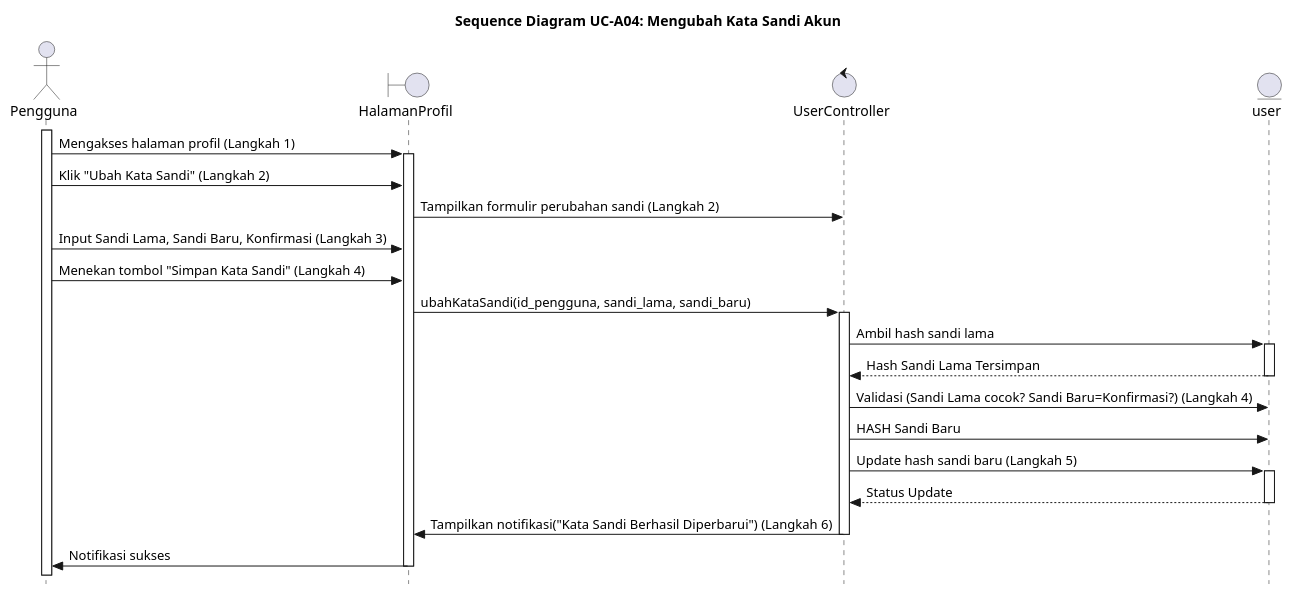
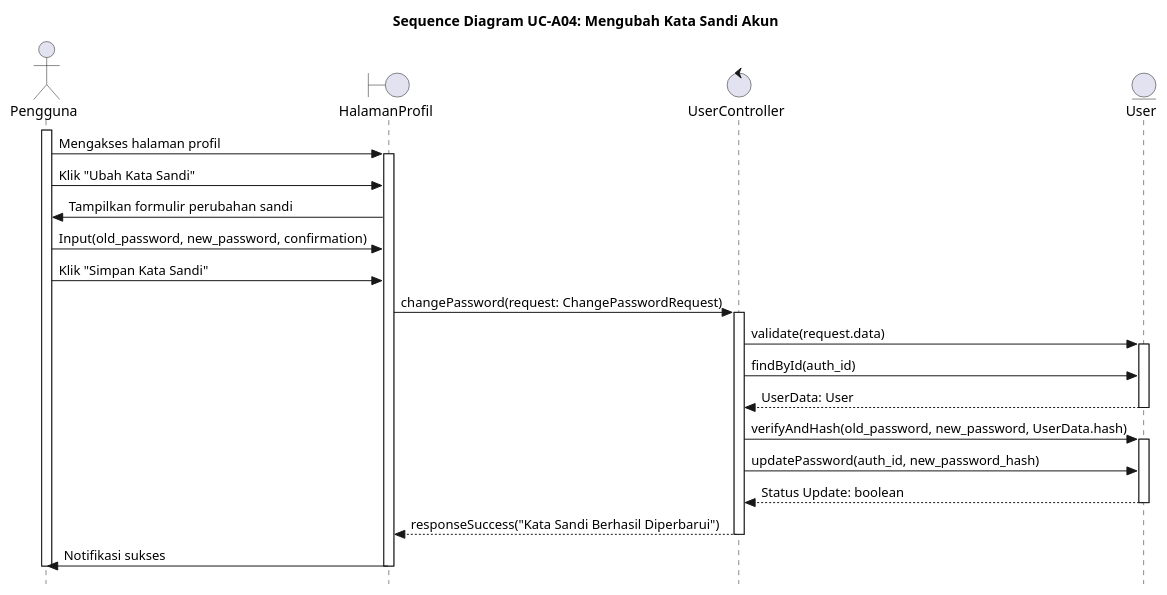
One commit to alfiahnurfa/RSI-PROYEK-AKHIR-SEQUENCE changed the diagram in UC-A04.PUML. Above: the diagram before and after it, drawn with PlantUML. The commit also changed 60 other files, not shown here.

```diff
--- a/UC-A04.PUML
+++ b/UC-A04.PUML
@@ -1,62 +1,45 @@
 @startuml SD-UC-A04_UbahKataSandi
 title Sequence Diagram UC-A04: Mengubah Kata Sandi Akun
 skinparam style strictuml
 
 actor Pengguna
 boundary HalamanProfil
 control UserController
-entity user
-
-' box "Sistem Keamanan Akun"
-'     participant HalamanProfil
-'     participant UserController
-' end box
+entity User
 
 activate Pengguna
-Pengguna -> HalamanProfil : Mengakses halaman profil (Langkah 1)
+Pengguna -> HalamanProfil : Mengakses halaman profil
 activate HalamanProfil
 
-Pengguna -> HalamanProfil : Klik "Ubah Kata Sandi" (Langkah 2)
-HalamanProfil -> UserController : Tampilkan formulir perubahan sandi (Langkah 2)
+Pengguna -> HalamanProfil : Klik "Ubah Kata Sandi"
+HalamanProfil -> Pengguna : Tampilkan formulir perubahan sandi
 
-Pengguna -> HalamanProfil : Input Sandi Lama, Sandi Baru, Konfirmasi (Langkah 3)
+Pengguna -> HalamanProfil : Input(old_password, new_password, confirmation)
 
-Pengguna -> HalamanProfil : Menekan tombol "Simpan Kata Sandi" (Langkah 4)
+Pengguna -> HalamanProfil : Klik "Simpan Kata Sandi"
 
-HalamanProfil -> UserController : ubahKataSandi(id_pengguna, sandi_lama, sandi_baru)
+HalamanProfil -> UserController : changePassword(request: ChangePasswordRequest)
 activate UserController
 
-UserController -> user : Ambil hash sandi lama
-activate user
-user --> UserController : Hash Sandi Lama Tersimpan
-deactivate user
+UserController -> User : validate(request.data)
+activate User
+UserController -> User : findById(auth_id)
 
-UserController -> user : Validasi (Sandi Lama cocok? Sandi Baru=Konfirmasi?) (Langkah 4)
+User --> UserController : UserData: User
+deactivate User
 
-UserController -> user : HASH Sandi Baru
-UserController -> user : Update hash sandi baru (Langkah 5)
-activate user
-user --> UserController : Status Update
-deactivate user
+UserController -> User : verifyAndHash(old_password, new_password, UserData.hash)
+activate User
+UserController -> User : updatePassword(auth_id, new_password_hash)
 
-UserController -> HalamanProfil : Tampilkan notifikasi("Kata Sandi Berhasil Diperbarui") (Langkah 6)
+User --> UserController : Status Update: boolean
+deactivate User
+
+UserController --> HalamanProfil : responseSuccess("Kata Sandi Berhasil Diperbarui")
 deactivate UserController
 
 HalamanProfil -> Pengguna : Notifikasi sukses
 deactivate HalamanProfil
-
-' alt Gagal Validasi (Alternative Flow 4.a)
-'     UserController -> HalamanProfil : Tampilkan notifikasi("Gagal: Kredensial tidak sesuai...") (Langkah 4.b)
-'     deactivate UserController
-    
-'     HalamanProfil -> Pengguna : Tampilkan notifikasi gagal
-    
-'     note over Pengguna, HalamanProfil
-'         Memperbaiki input (Langkah 4.c)
-'         Kembali ke Langkah 3 (Langkah 4.d)
-'     end note
-' else Validasi Sukses (Main Flow)
-
-' end alt
+deactivate Pengguna
 
 @enduml
```
